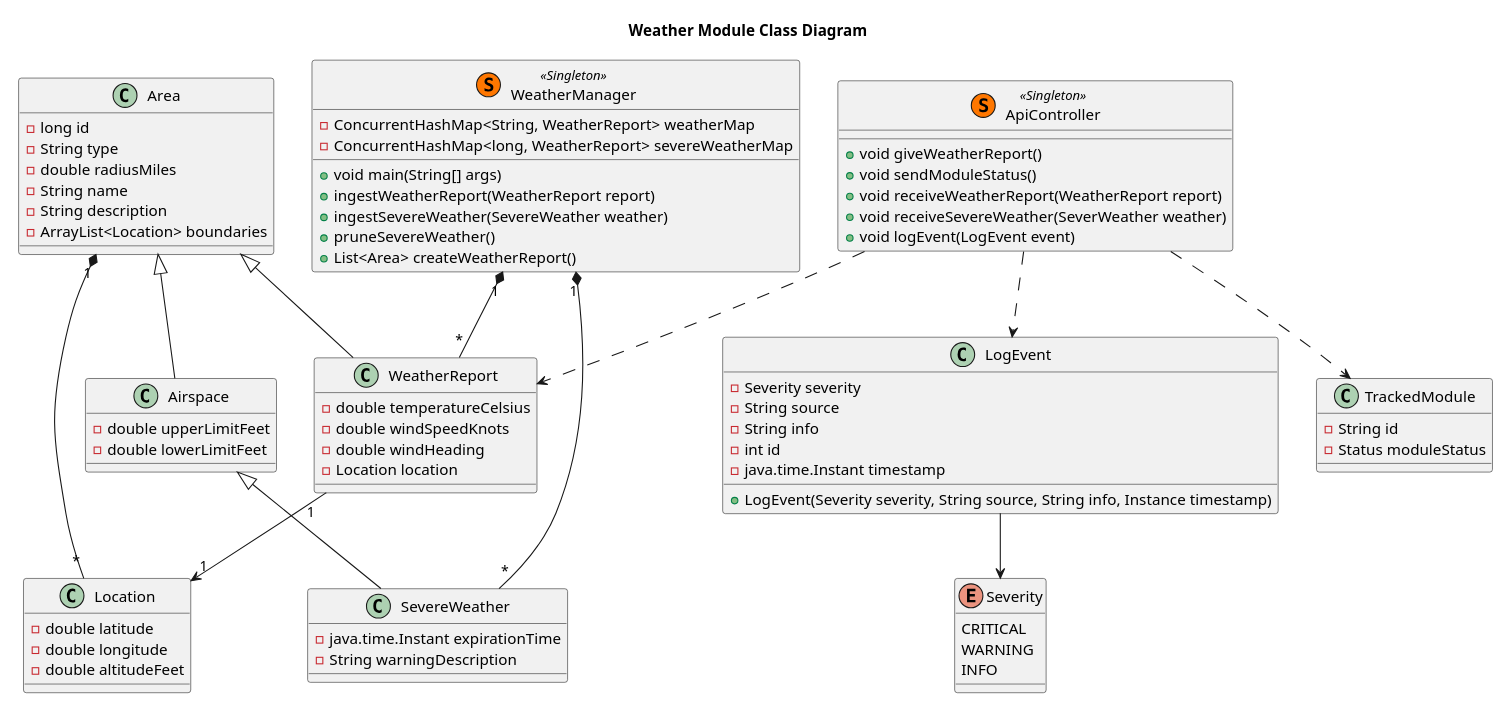
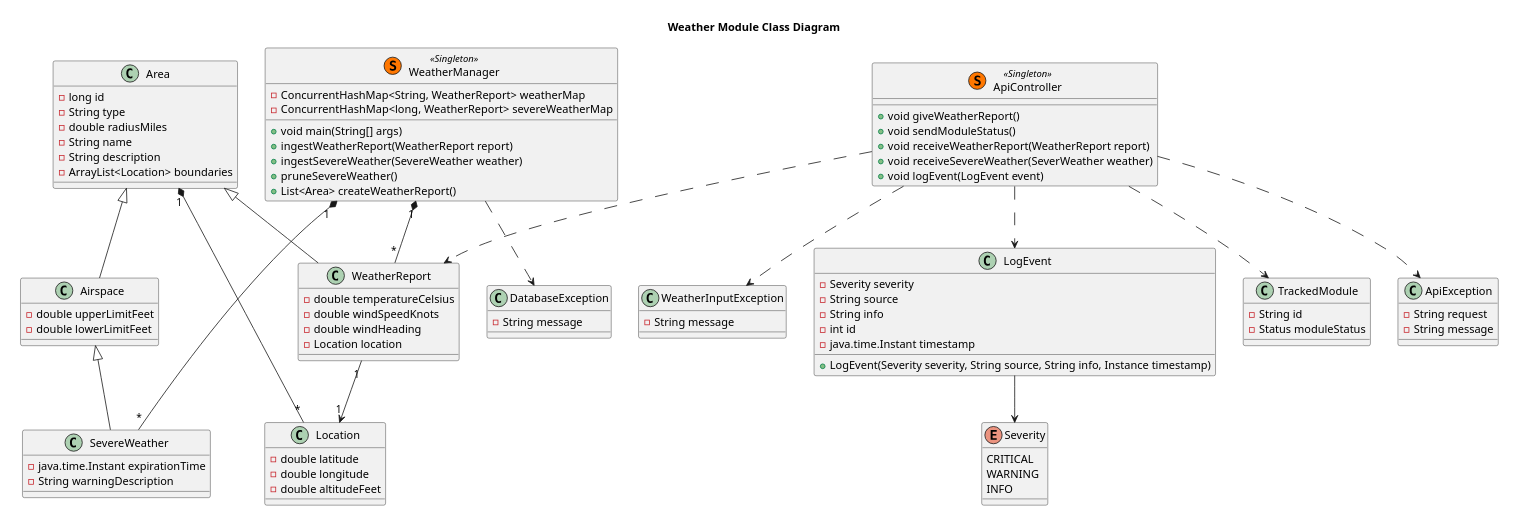
One commit to erikorlowski/cscie97 changed diagram 12 of 17 in cscie97/asn5/design.md. Above: the diagram before and after it, drawn with PlantUML. The commit also changed other lines of this file, not shown here.

Commit message:
Adding exception handling

````diff
--- a/cscie97/asn5/design.md
+++ b/cscie97/asn5/design.md
@@ -2881,5 +2943,24 @@
 ApiController ..> LogEvent
 ApiController ..> TrackedModule
 
+class DatabaseException {
+    - String message
+}
+
+WeatherManager ..> DatabaseException
+
+class ApiException {
+    - String request
+    - String message
+}
+
+ApiController ..> ApiException
+
+class WeatherInputException {
+    - String message
+}
+
+ApiController ..> WeatherInputException
+
 @enduml
 ```
````
